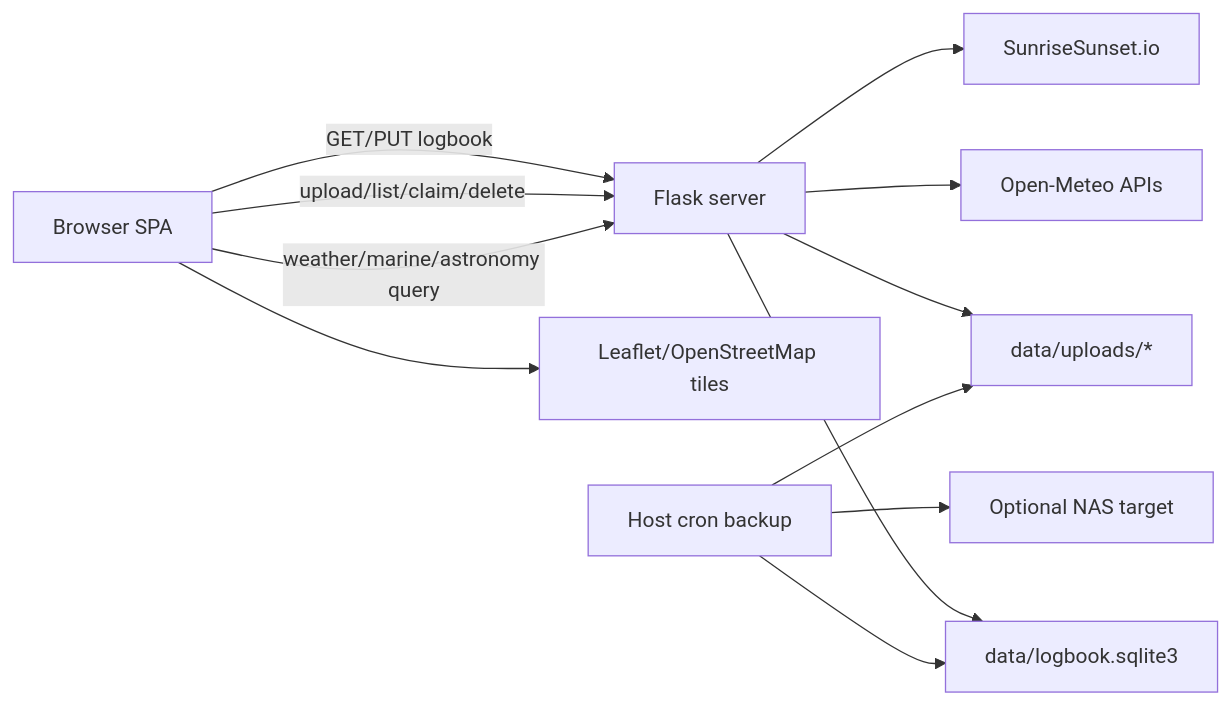
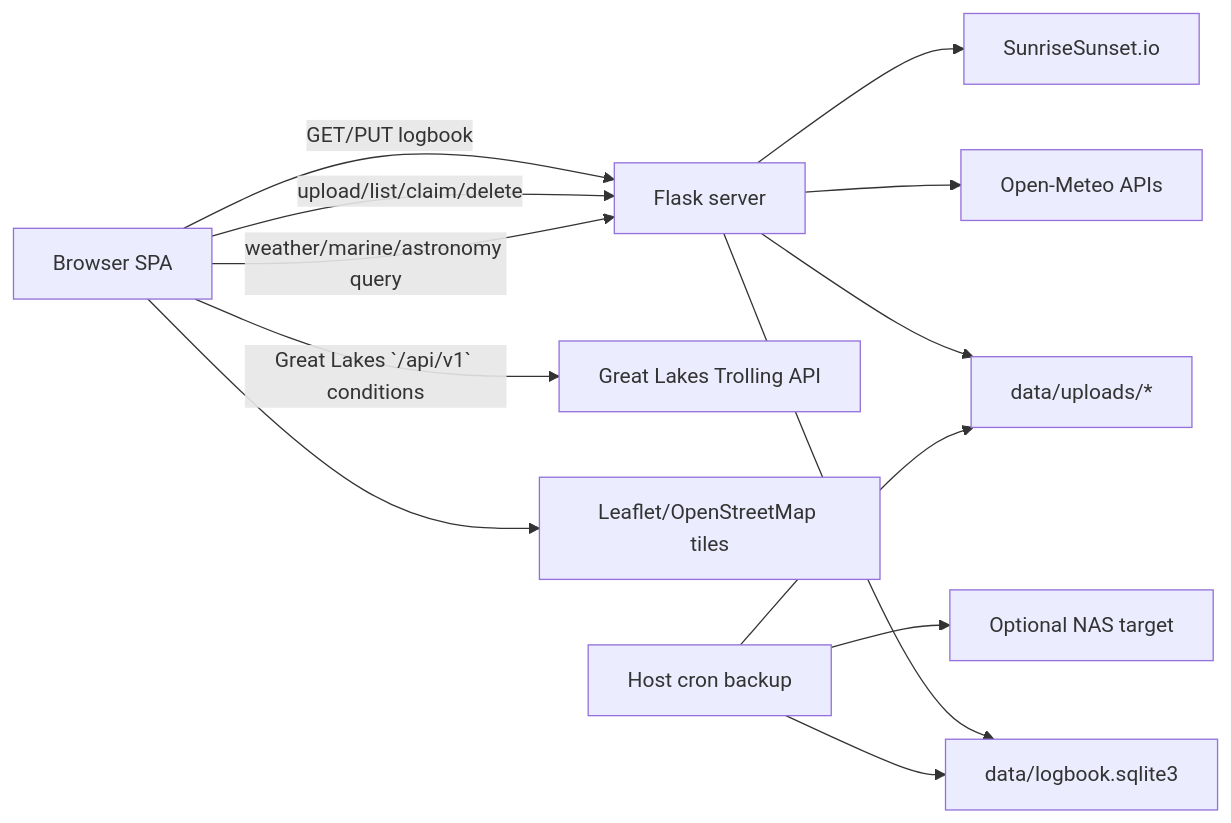
The diagram in docs/ARCHITECTURE.md (CodebyZK/Find-More-Fish), drawn with Mermaid before and after one commit. The commit also changed other lines of this file and 61 other files, not shown here.

````diff
--- a/docs/ARCHITECTURE.md
+++ b/docs/ARCHITECTURE.md
@@ -7,14 +7,15 @@
 ```mermaid
 flowchart LR
   Browser["Browser SPA"] -->|"GET/PUT logbook"| Flask["Flask server"]
   Browser -->|"upload/list/claim/delete"| Flask
   Browser -->|"weather/marine/astronomy query"| Flask
+  Browser -->|"Great Lakes `/api/v1` conditions"| SiteAPI["Great Lakes Trolling API"]
   Flask --> SQLite["data/logbook.sqlite3"]
   Flask --> Media["data/uploads/*"]
   Flask --> OM["Open-Meteo APIs"]
   Flask --> SS["SunriseSunset.io"]
   Browser --> Tiles["Leaflet/OpenStreetMap tiles"]
   Backup["Host cron backup"] --> SQLite
   Backup --> Media
   Backup --> NAS["Optional NAS target"]
 ```
````
